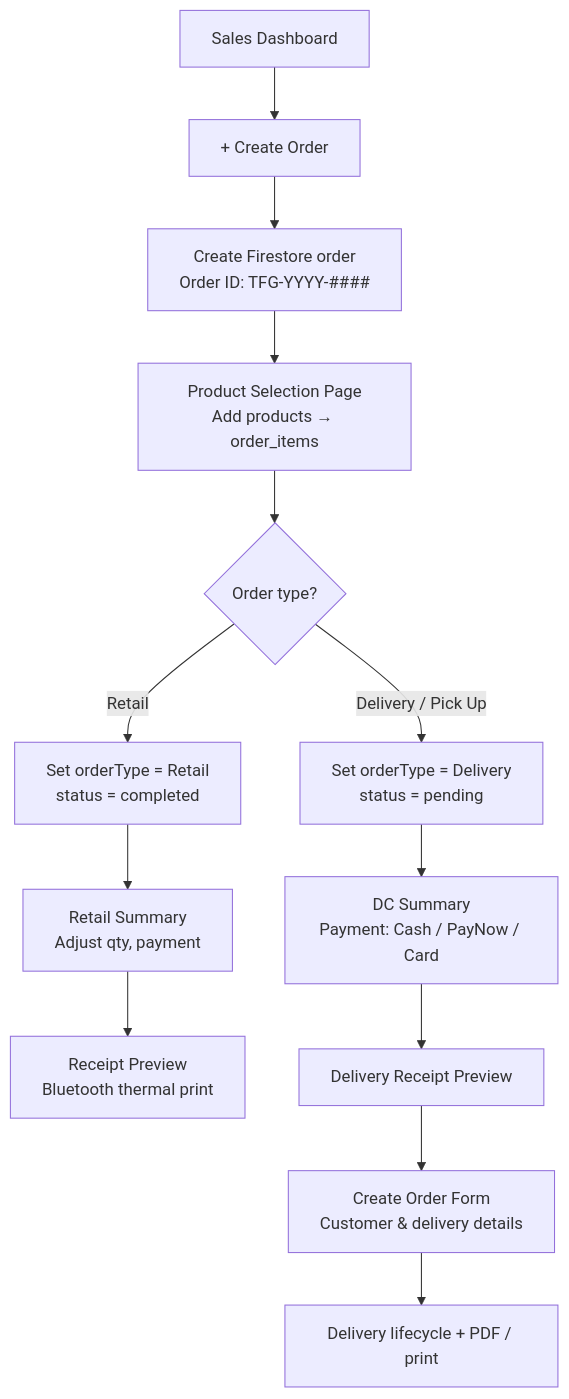
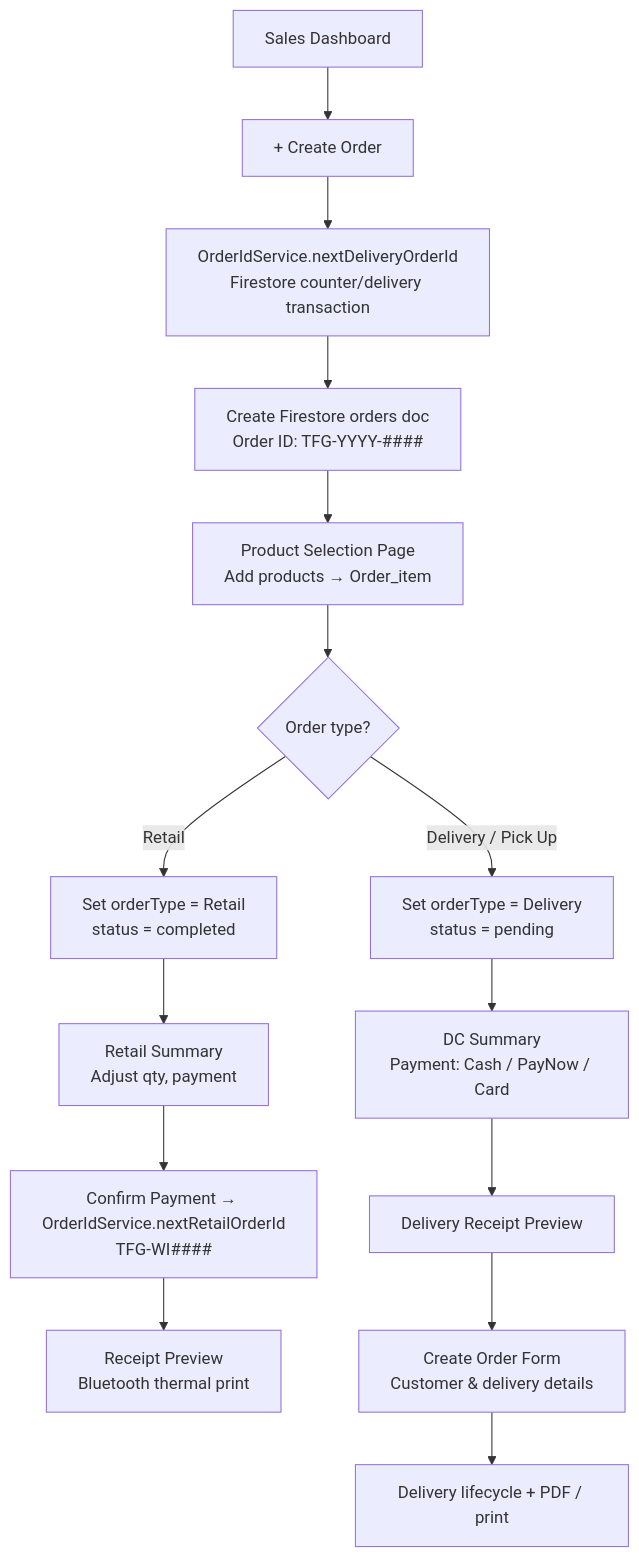
The second of 9 diagrams in docs/WORKFLOW.md (kahliantoo-rgb/tfg_vday), drawn with Mermaid before and after one commit. The commit also changed other lines of this file and 35 other files, not shown here.

````diff
--- a/docs/WORKFLOW.md
+++ b/docs/WORKFLOW.md
@@ -46,17 +62,19 @@
 ```mermaid
 flowchart TD
     A[Sales Dashboard] --> B[+ Create Order]
-    B --> C[Create Firestore order<br/>Order ID: TFG-YYYY-####]
-    C --> D[Product Selection Page<br/>Add products → order_items]
-    D --> E{Order type?}
+    B --> C[OrderIdService.nextDeliveryOrderId<br/>Firestore counter/delivery transaction]
+    C --> D[Create Firestore orders doc<br/>Order ID: TFG-YYYY-####]
+    D --> E[Product Selection Page<br/>Add products → Order_item]
+    E --> F{Order type?}
 
-    E -->|Retail| F[Set orderType = Retail<br/>status = completed]
-    F --> G[Retail Summary<br/>Adjust qty, payment]
-    G --> H[Receipt Preview<br/>Bluetooth thermal print]
+    F -->|Retail| G[Set orderType = Retail<br/>status = completed]
+    G --> H[Retail Summary<br/>Adjust qty, payment]
+    H --> I[Confirm Payment → OrderIdService.nextRetailOrderId<br/>TFG-WI####]
+    I --> J[Receipt Preview<br/>Bluetooth thermal print]
 
-    E -->|Delivery / Pick Up| I[Set orderType = Delivery<br/>status = pending]
-    I --> J[DC Summary<br/>Payment: Cash / PayNow / Card]
-    J --> K[Delivery Receipt Preview]
-    K --> L[Create Order Form<br/>Customer & delivery details]
-    L --> M[Delivery lifecycle + PDF / print]
+    F -->|Delivery / Pick Up| K[Set orderType = Delivery<br/>status = pending]
+    K --> L[DC Summary<br/>Payment: Cash / PayNow / Card]
+    L --> M[Delivery Receipt Preview]
+    M --> N[Create Order Form<br/>Customer & delivery details]
+    N --> O[Delivery lifecycle + PDF / print]
 ```
````
